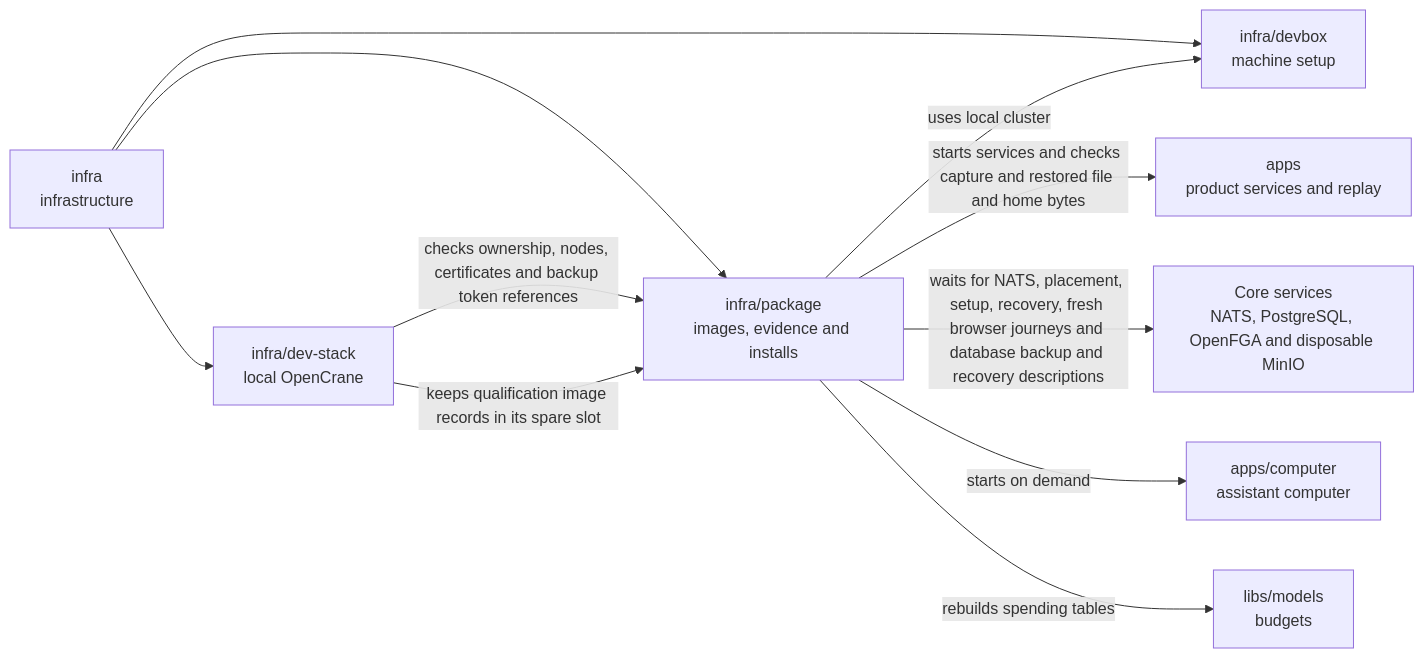
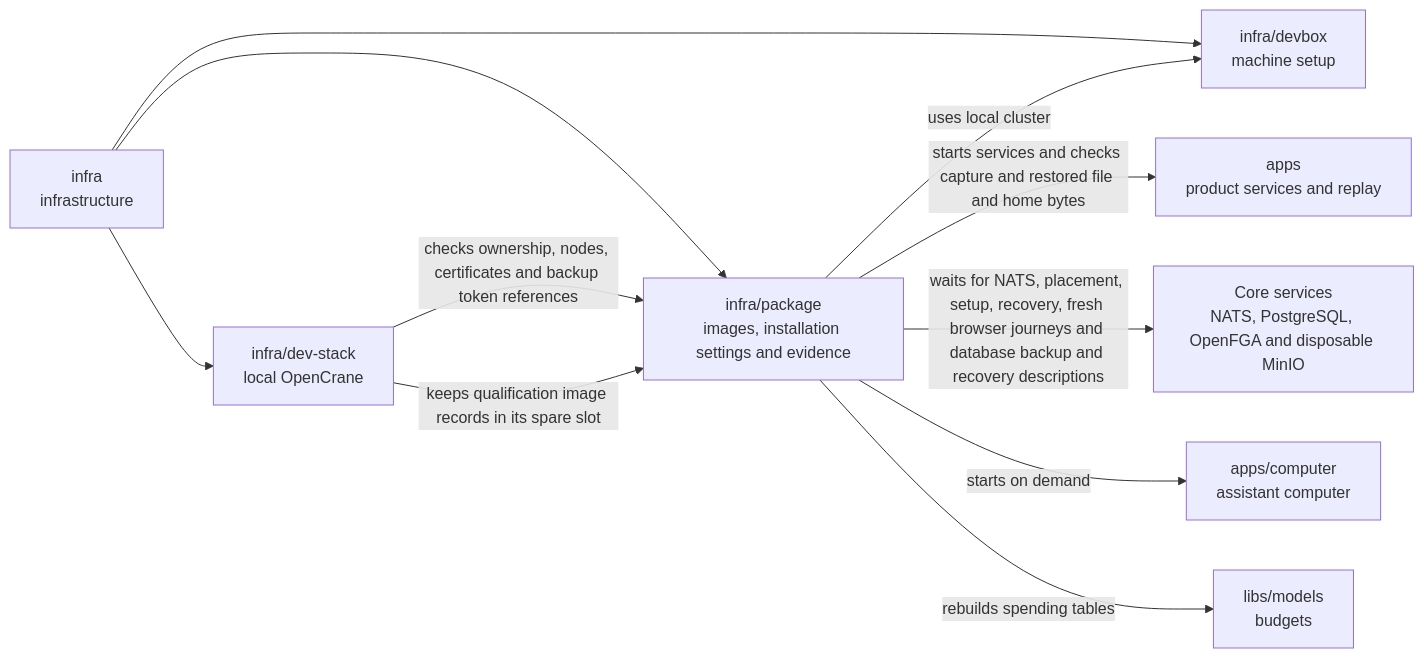
The diagram in infra/package/README.md (elewa-git/opencrane-new), drawn with Mermaid before and after one commit. The commit also changed other lines of this file and 44 other files, not shown here.

````diff
--- a/infra/package/README.md
+++ b/infra/package/README.md
@@ -19,13 +19,13 @@
 ```mermaid
 flowchart LR
-  infra["infra<br/>infrastructure"] --> package["infra/package<br/>images, evidence and installs"]
+  infra["infra<br/>infrastructure"] --> package["infra/package<br/>images, installation settings and evidence"]
   infra --> stack["infra/dev-stack<br/>local OpenCrane"]
   infra --> devbox["infra/devbox<br/>machine setup"]
   stack -->|checks ownership, nodes, certificates and backup token references| package
   package -->|uses local cluster| devbox
   package -->|starts services and checks capture and restored file and home bytes| apps["apps<br/>product services and replay"]
   package -->|waits for NATS, placement, setup, recovery, fresh browser journeys and database backup and recovery descriptions| services["Core services<br/>NATS, PostgreSQL, OpenFGA and disposable MinIO"]
   package -->|starts on demand| computer["apps/computer<br/>assistant computer"]
   package -->|rebuilds spending tables| models["libs/models<br/>budgets"]
   stack -->|keeps qualification image records in its spare slot| package
 ```
````
